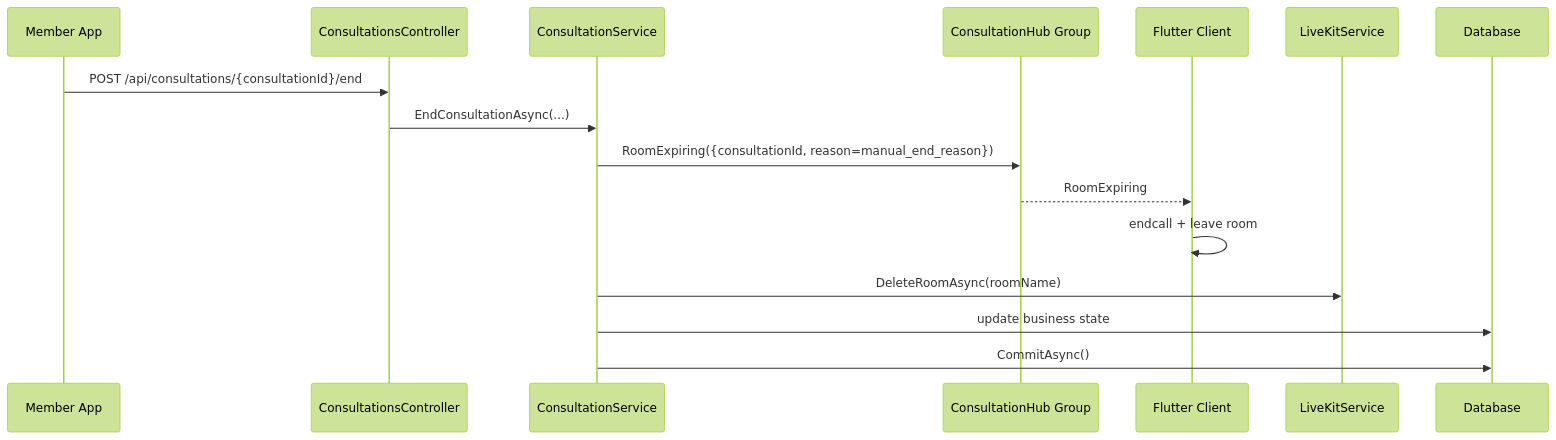
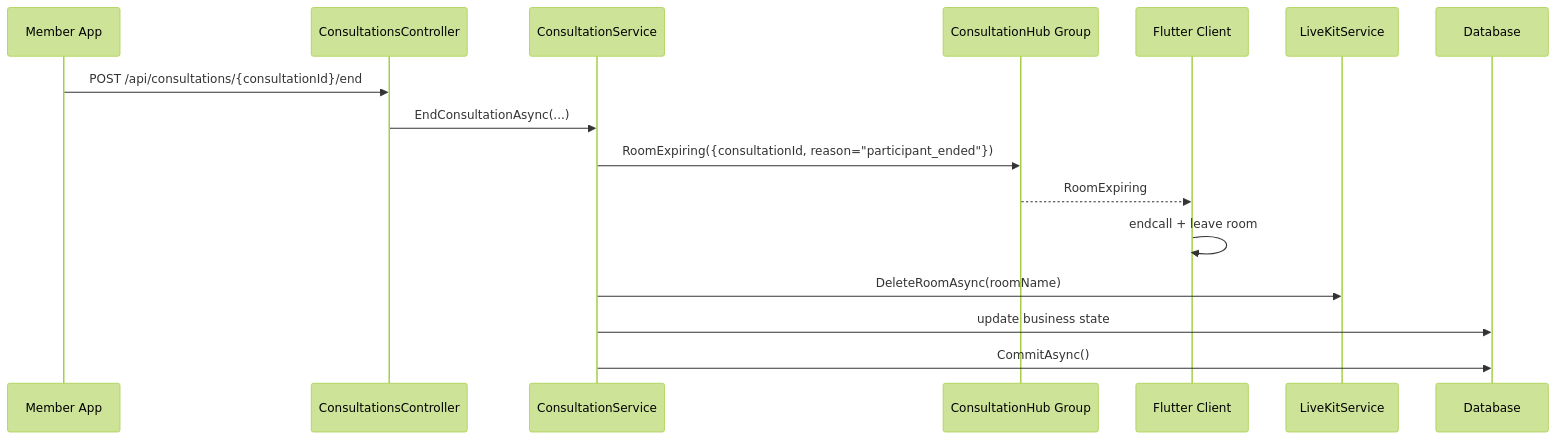
The second of 2 diagrams in Docs/05-Backend/02-layers/consultation-endcall-signalr/consultation-endcall-signalr.sourcecode.md (Snake-AID/SnakeAid.Docs), drawn with Mermaid (forest theme) before and after one commit. The commit also changed other lines of this file and 3 other files, not shown here.

Commit message:
docs(consultation-endcall-signalr): align docs with manual-end path

````diff
--- a/Docs/05-Backend/02-layers/consultation-endcall-signalr/consultation-endcall-signalr.sourcecode.md
+++ b/Docs/05-Backend/02-layers/consultation-endcall-signalr/consultation-endcall-signalr.sourcecode.md
@@ -175,19 +178,19 @@
 ```mermaid
 sequenceDiagram
     participant App as Member App
     participant API as ConsultationsController
     participant Service as ConsultationService
     participant Hub as ConsultationHub Group
     participant Flutter as Flutter Client
     participant LiveKit as LiveKitService
     participant DB as Database
 
     App->>API: POST /api/consultations/{consultationId}/end
     API->>Service: EndConsultationAsync(...)
-    Service->>Hub: RoomExpiring({consultationId, reason=manual_end_reason})
+    Service->>Hub: RoomExpiring({consultationId, reason="participant_ended"})
     Hub-->>Flutter: RoomExpiring
     Flutter->>Flutter: endcall + leave room
     Service->>LiveKit: DeleteRoomAsync(roomName)
     Service->>DB: update business state
     Service->>DB: CommitAsync()
 ```
````
